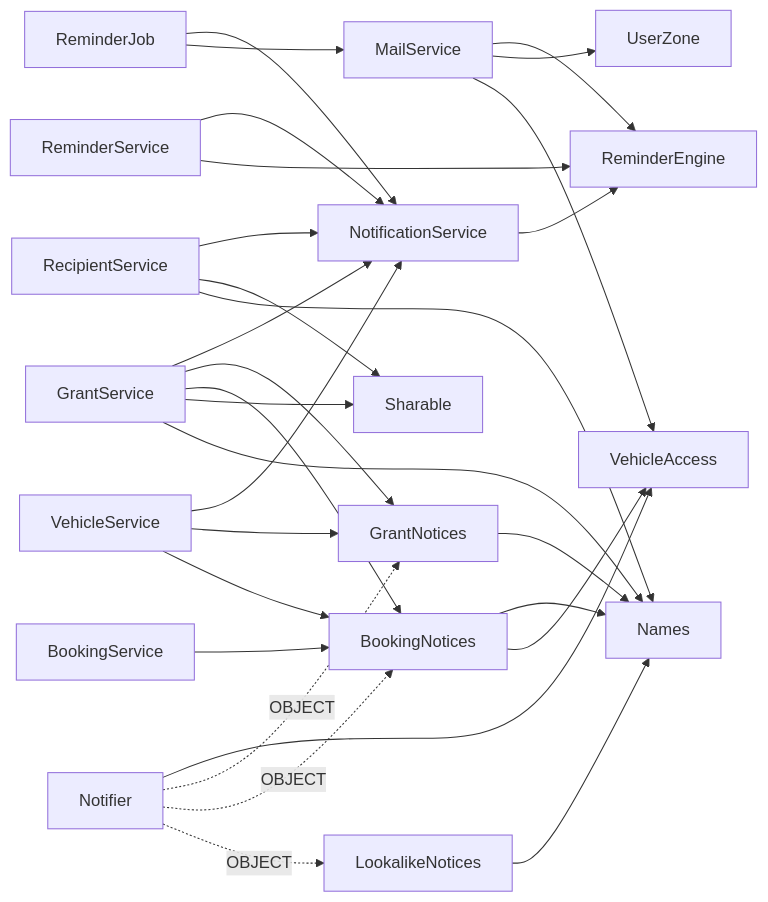
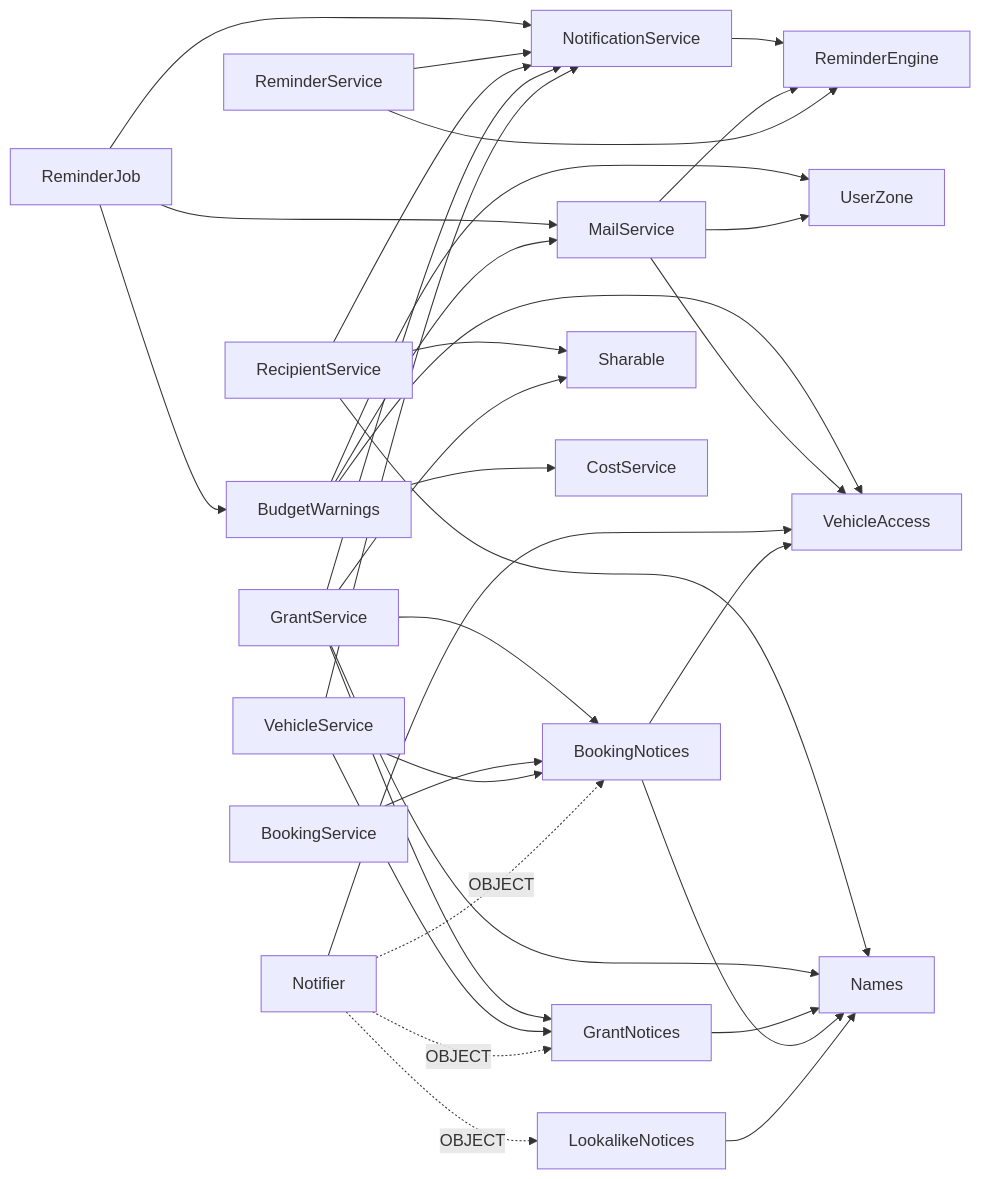
The sixth of 12 diagrams in docs/design/components.md (typical42/next-fleet), drawn with Mermaid before and after one commit. The commit also changed other lines of this file and 205 other files, not shown here.

````diff
--- a/docs/design/components.md
+++ b/docs/design/components.md
@@ -158,31 +191,34 @@
 ```mermaid
 flowchart LR
     Job["ReminderJob"]
     Notifier["Notifier"]
     Reminder["ReminderService"]
     Recipient["RecipientService"]
     Grant["GrantService"]
     Booking["BookingService"]
     Vehicle["VehicleService"]
     Notification["NotificationService"]
     Mail["MailService"]
     Engine["ReminderEngine"]
     GrantNotices["GrantNotices"]
     BookingNotices["BookingNotices"]
     Lookalike["LookalikeNotices"]
     Sharable["Sharable"]
     Names["Names"]
     Zone["UserZone"]
     Access["VehicleAccess"]
-    Job --> Notification & Mail
+    Warnings["BudgetWarnings"]
+    Cost["CostService"]
+    Job --> Notification & Mail & Warnings
+    Warnings --> Mail & Zone & Access & Cost
     Reminder & Recipient & Grant & Vehicle --> Notification
     Notification & Mail & Reminder --> Engine
     Mail --> Zone
     Grant & Vehicle --> GrantNotices
     Grant --> BookingNotices
     Booking & Vehicle --> BookingNotices
     Recipient & Grant --> Sharable
     Recipient & Grant & GrantNotices & BookingNotices & Lookalike --> Names
     Mail & Notifier & BookingNotices --> Access
     Notifier -.->|OBJECT| GrantNotices & BookingNotices & Lookalike
 ```
````
